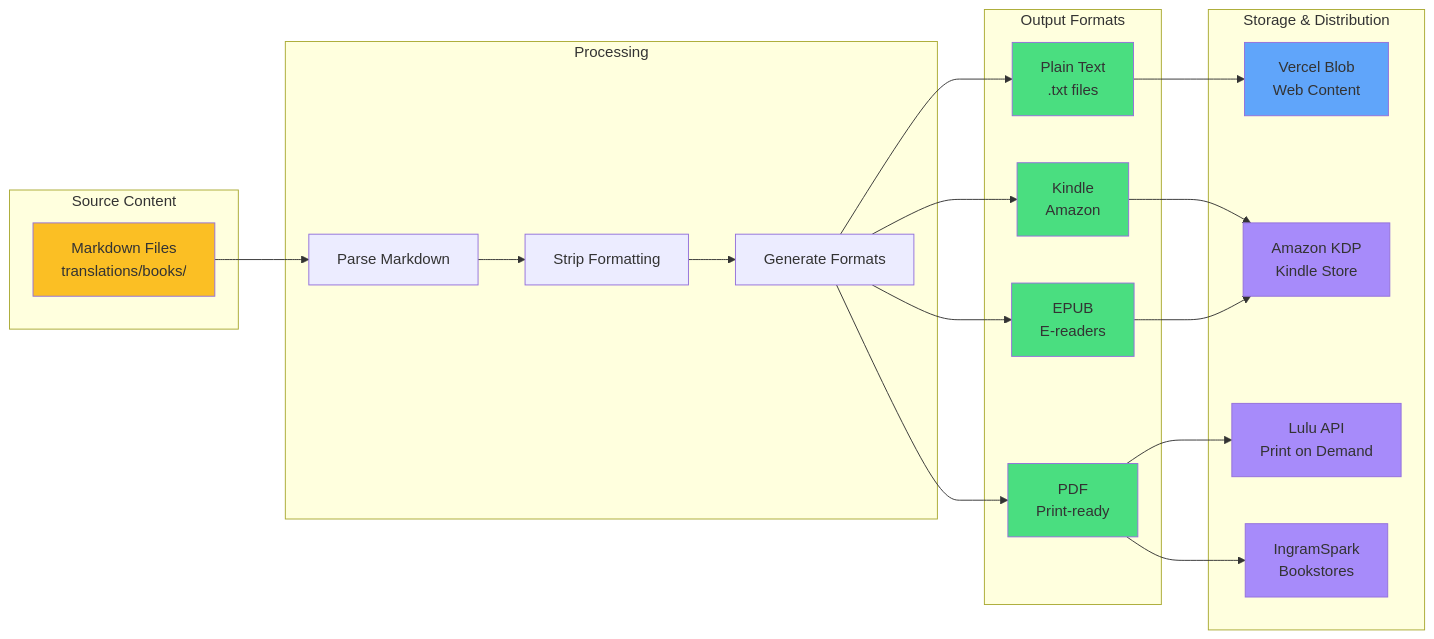
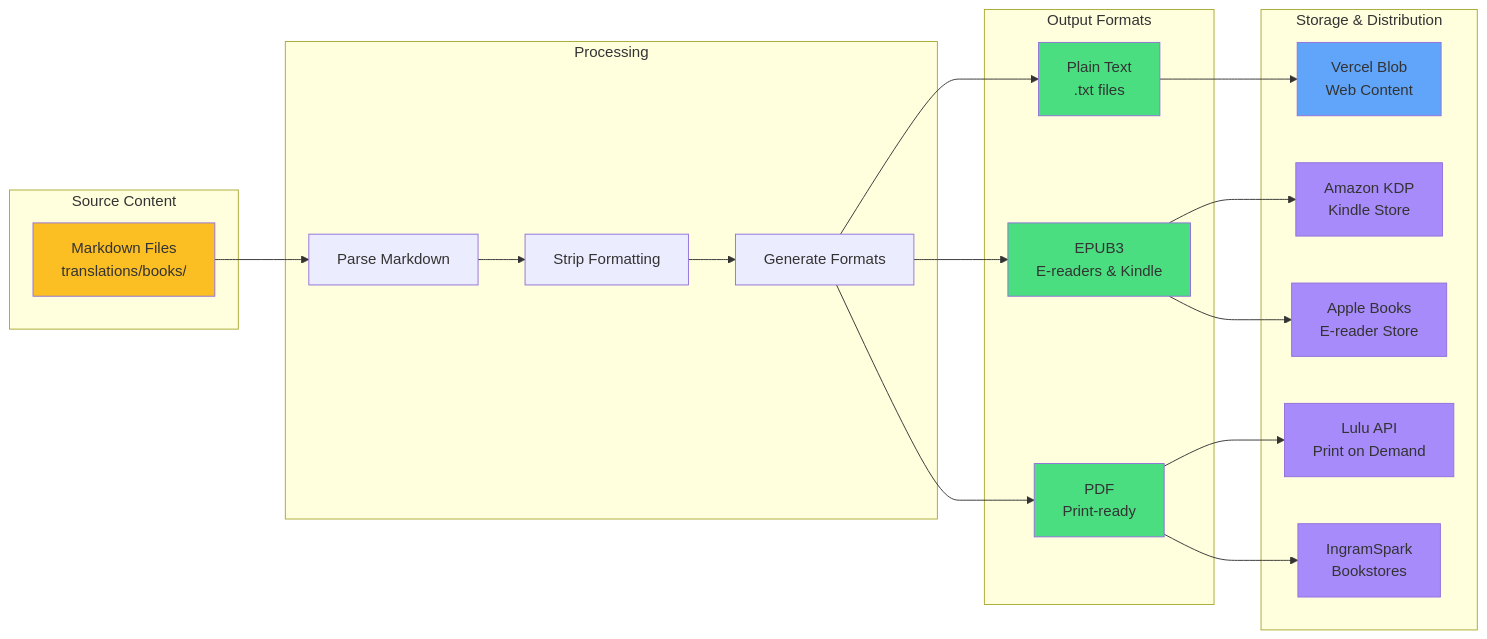
Before and after one commit to phrazzld/brainrot: the second of 9 diagrams in docs/ARCHITECTURE.md, drawn with Mermaid. The commit also changed other lines of this file and 42 other files, not shown here.

````diff
--- a/docs/ARCHITECTURE.md
+++ b/docs/ARCHITECTURE.md
@@ -69,50 +69,49 @@
 ```mermaid
 flowchart LR
     subgraph "Source Content"
         MD[Markdown Files<br/>translations/books/]
     end
 
     subgraph "Processing"
         Parse[Parse Markdown]
         Strip[Strip Formatting]
         Convert[Generate Formats]
     end
 
     subgraph "Output Formats"
         TXT[Plain Text<br/>.txt files]
-        EPUB[EPUB<br/>E-readers]
+        EPUB[EPUB3<br/>E-readers & Kindle]
         PDF[PDF<br/>Print-ready]
-        MOBI[Kindle<br/>Amazon]
     end
 
     subgraph "Storage & Distribution"
         Blob[Vercel Blob<br/>Web Content]
         KDP[Amazon KDP<br/>Kindle Store]
         Lulu[Lulu API<br/>Print on Demand]
         Ingram[IngramSpark<br/>Bookstores]
+        Apple[Apple Books<br/>E-reader Store]
     end
 
     MD --> Parse
     Parse --> Strip
     Strip --> Convert
     Convert --> TXT
     Convert --> EPUB
     Convert --> PDF
-    Convert --> MOBI
 
     TXT --> Blob
-    MOBI --> KDP
+    EPUB --> KDP
+    EPUB --> Apple
     PDF --> Lulu
     PDF --> Ingram
-    EPUB --> KDP
 
     style MD fill:#fbbf24
     style TXT fill:#4ade80
     style EPUB fill:#4ade80
     style PDF fill:#4ade80
-    style MOBI fill:#4ade80
     style Blob fill:#60a5fa
     style KDP fill:#a78bfa
     style Lulu fill:#a78bfa
     style Ingram fill:#a78bfa
+    style Apple fill:#a78bfa
 ```
````
